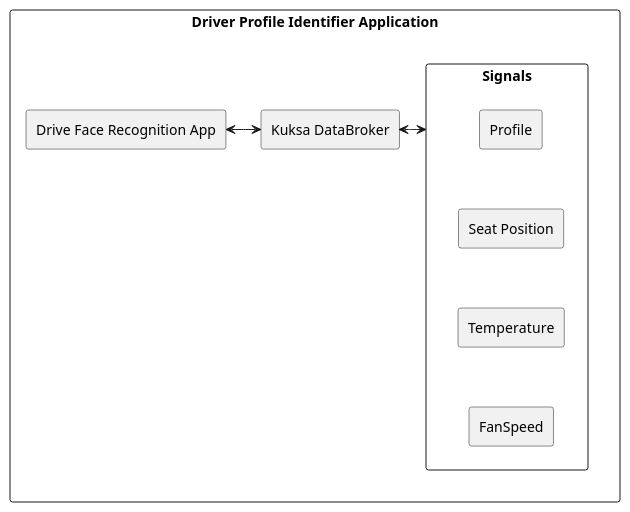
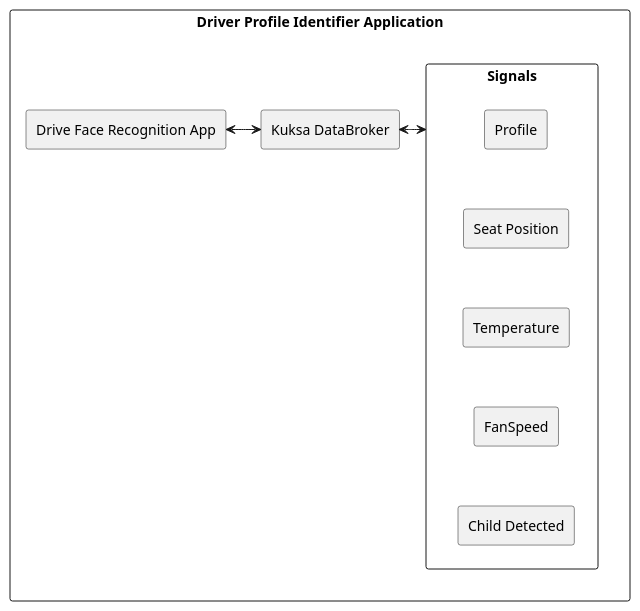
One commit to SherinJasper1506/beg_sdv_hackathon changed the diagram in python_sdv/driver_identifier_app.puml. Above: the diagram before and after it, drawn with PlantUML. The commit also changed 2 other files, not shown here.

```diff
--- a/python_sdv/driver_identifier_app.puml
+++ b/python_sdv/driver_identifier_app.puml
@@ -1,22 +1,25 @@
 @startuml Sdv Driver profile Application
 
 rectangle "Driver Profile Identifier Application"{
 
     rectangle "Drive Face Recognition App" as driver_identifier_app
     rectangle "Kuksa DataBroker" as DataBroker
     rectangle "Signals"{
         rectangle "Profile" as DriverName
         rectangle "Seat Position" as SeatPosition
         rectangle "Temperature" as Temperature
         rectangle "FanSpeed" as FanSpeed
+        rectangle "Child Detected" as ChildDetected
         
         SeatPosition -[hidden]up-> DriverName
         Temperature -[hidden]up-> SeatPosition
         FanSpeed -[hidden]up-> Temperature
+        ChildDetected -[hidden]up-> FanSpeed
+
     }
 
     driver_identifier_app <-right-> DataBroker
     DataBroker <-right-> Signals
 }
 
 @enduml
```
